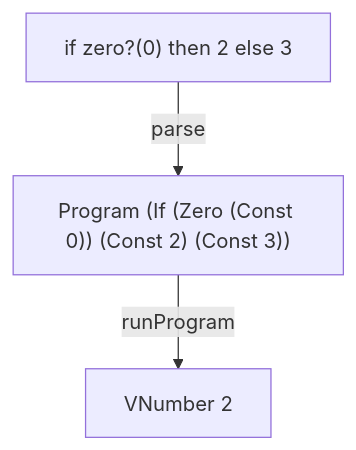
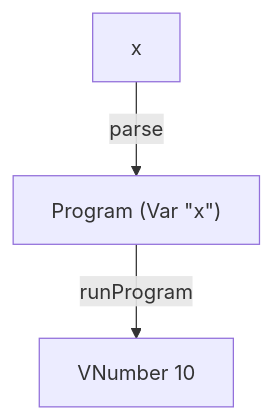
One commit to tinyinterpreters/var changed the diagram in README.md. Above: the diagram before and after it, drawn with Mermaid. The commit also changed other lines of this file, not shown here.

````diff
--- a/README.md
+++ b/README.md
@@ -9,5 +9,5 @@
 ```mermaid
 flowchart TD
-    A["if zero?(0) then 2 else 3"] -->|parse| B["Program (If (Zero (Const 0)) (Const 2) (Const 3))"]
-    B -->|runProgram| C["VNumber 2"]
+    A["x"] -->|parse| B["Program (Var &quot;x&quot;)"]
+    B -->|runProgram| C["VNumber 10"]
 ```
````
